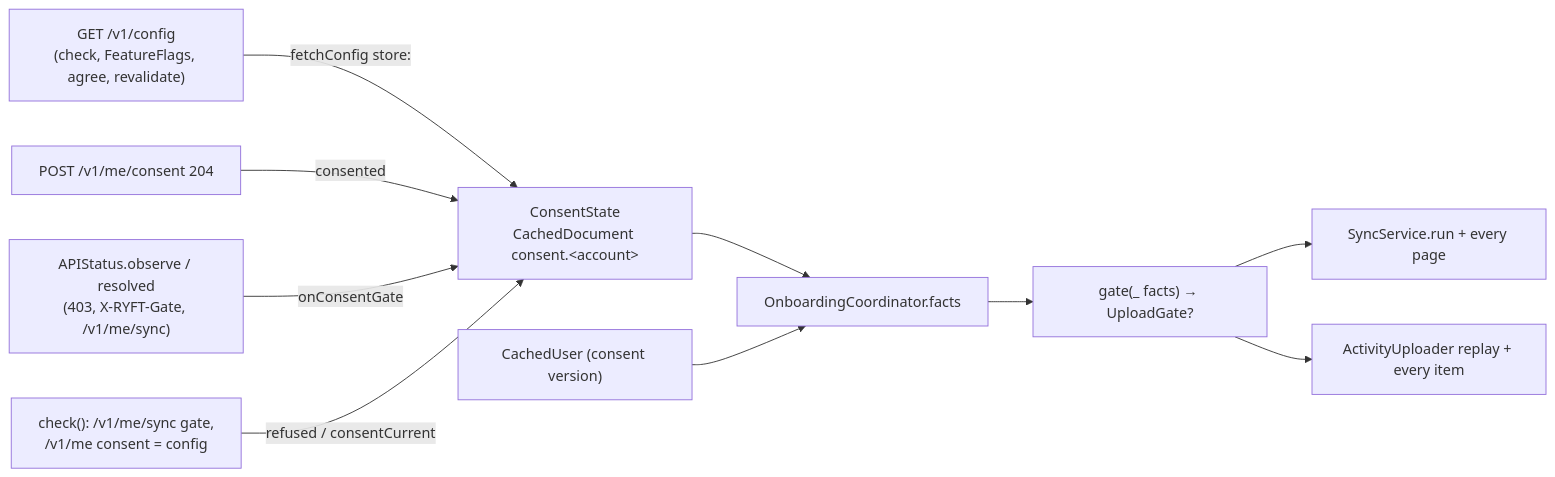
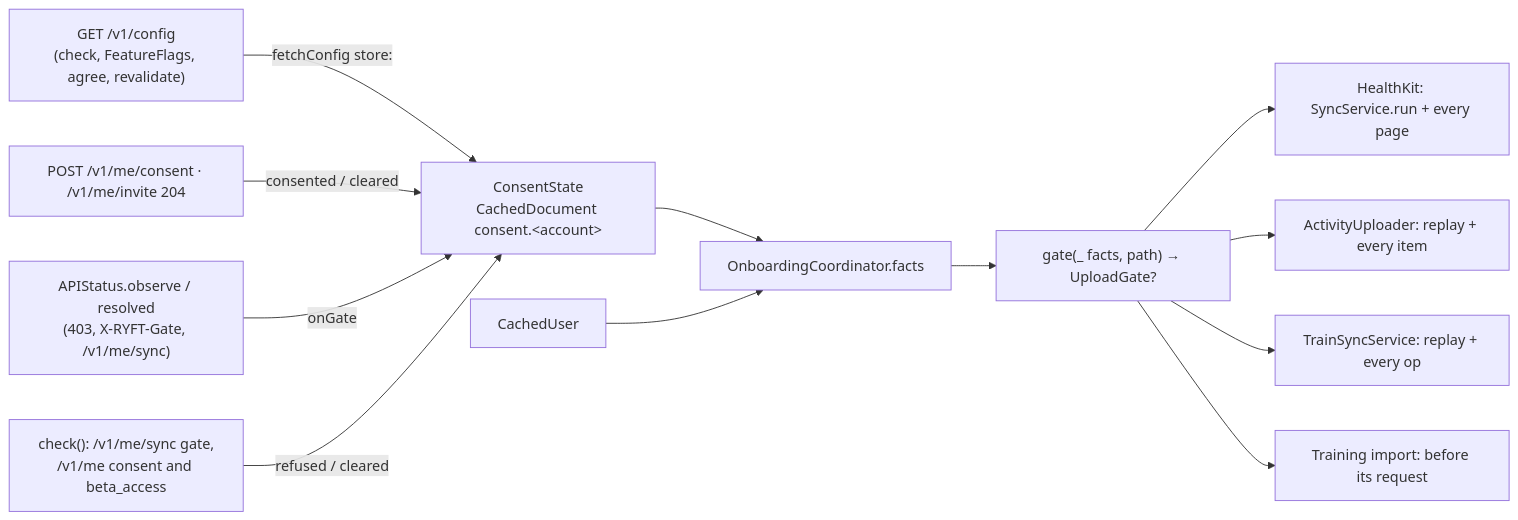
The diagram in docs/work/2026-10-26-consent-gates/design.md (timkrebs/ryft-app), drawn with Mermaid before and after one commit. The commit also changed other lines of this file and 1 other file, not shown here.

Commit message:
design: consent gates after the privacy review

````diff
--- a/docs/work/2026-10-26-consent-gates/design.md
+++ b/docs/work/2026-10-26-consent-gates/design.md
@@ -44,12 +57,14 @@
 ```mermaid
 flowchart LR
   cfg["GET /v1/config<br/>(check, FeatureFlags, agree, revalidate)"] -->|"fetchConfig store:"| CS
-  ok["POST /v1/me/consent 204"] -->|consented| CS
-  st["APIStatus.observe / resolved<br/>(403, X-RYFT-Gate, /v1/me/sync)"] -->|onConsentGate| CS
-  chk["check(): /v1/me/sync gate,<br/>/v1/me consent = config"] -->|refused / consentCurrent| CS
+  ok["POST /v1/me/consent · /v1/me/invite 204"] -->|"consented / cleared"| CS
+  st["APIStatus.observe / resolved<br/>(403, X-RYFT-Gate, /v1/me/sync)"] -->|onGate| CS
+  chk["check(): /v1/me/sync gate,<br/>/v1/me consent and beta_access"] -->|"refused / cleared"| CS
   CS["ConsentState<br/>CachedDocument consent.&lt;account&gt;"] --> F["OnboardingCoordinator.facts"]
-  U["CachedUser (consent version)"] --> F
-  F --> G["gate(_ facts) → UploadGate?"]
-  G --> SS["SyncService.run + every page"]
-  G --> AU["ActivityUploader replay + every item"]
+  U["CachedUser"] --> F
+  F --> G["gate(_ facts, path) → UploadGate?"]
+  G --> SS["HealthKit: SyncService.run + every page"]
+  G --> AU["ActivityUploader: replay + every item"]
+  G --> TS["TrainSyncService: replay + every op"]
+  G --> TI["Training import: before its request"]
 ```
````
